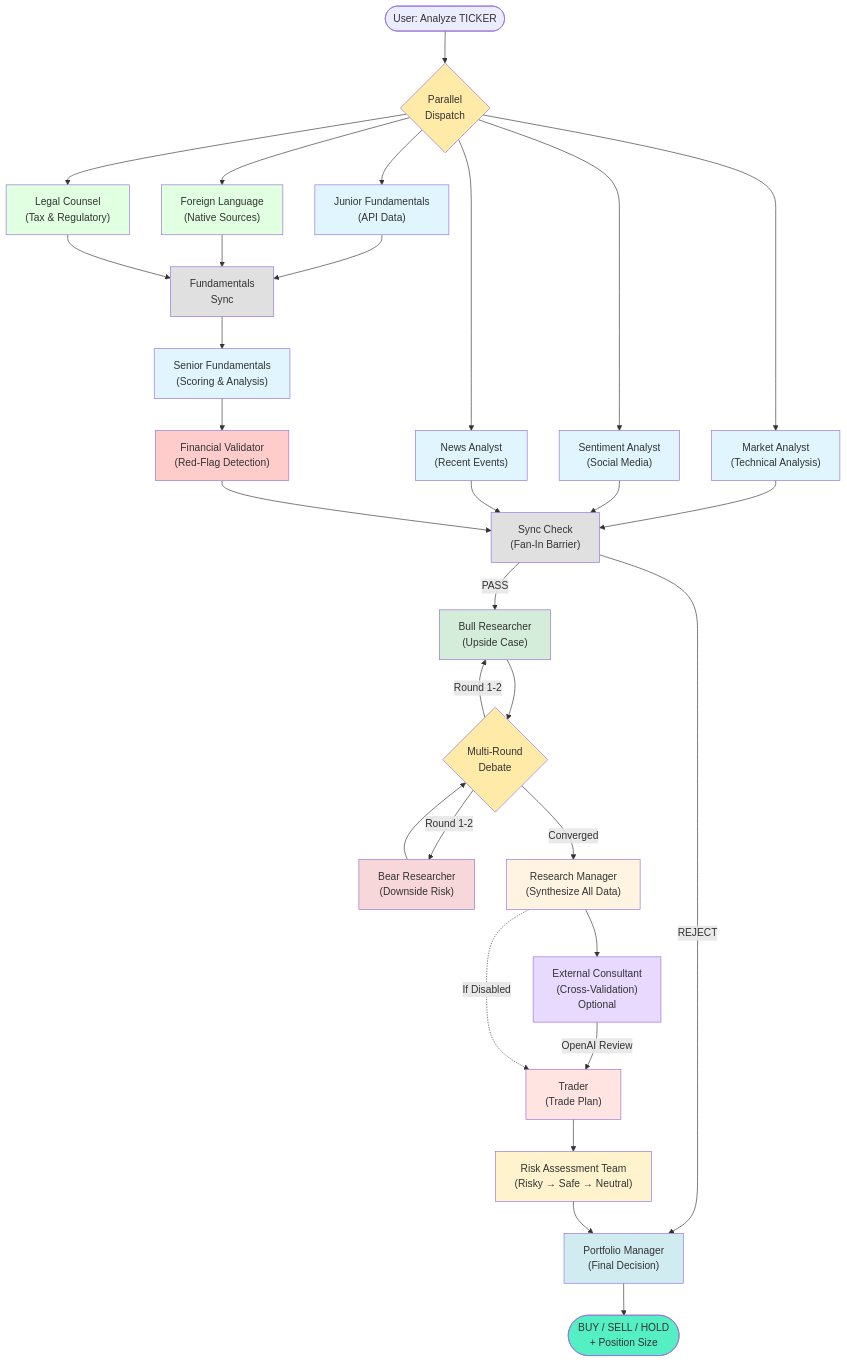
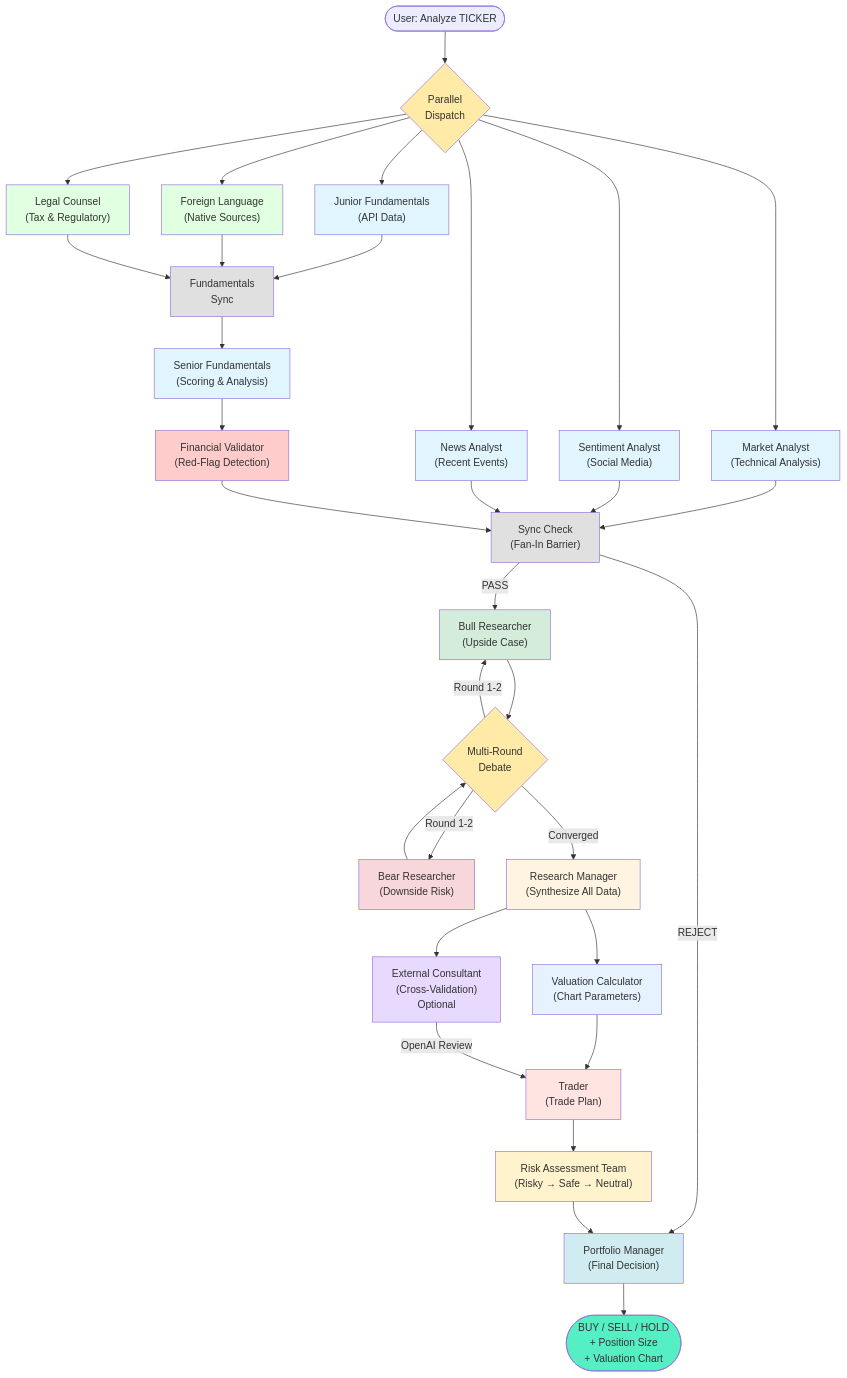
Before and after one commit to rgoerwit/ai-investment-agent: the diagram in README.md, drawn with Mermaid. The commit also changed other lines of this file and 26 other files, not shown here.

Commit message:
Added football field chart + valuation calculator (and tests) (#28)

````diff
--- a/README.md
+++ b/README.md
@@ -40,68 +41,71 @@
 ```mermaid
 graph TB
     Start([User: Analyze TICKER]) --> Dispatcher{Parallel<br/>Dispatch}
 
     %% Parallel Fan-Out: 6 branches run simultaneously
     Dispatcher --> MarketAnalyst["Market Analyst<br/>(Technical Analysis)"]
     Dispatcher --> SentimentAnalyst["Sentiment Analyst<br/>(Social Media)"]
     Dispatcher --> NewsAnalyst["News Analyst<br/>(Recent Events)"]
     Dispatcher --> JuniorFund["Junior Fundamentals<br/>(API Data)"]
     Dispatcher --> ForeignLang["Foreign Language<br/>(Native Sources)"]
     Dispatcher --> LegalCounsel["Legal Counsel<br/>(Tax & Regulatory)"]
 
     %% Market/Sentiment/News go directly to main Sync Check
     MarketAnalyst --> SyncCheck["Sync Check<br/>(Fan-In Barrier)"]
     SentimentAnalyst --> SyncCheck
     NewsAnalyst --> SyncCheck
 
     %% Fundamentals sub-graph: Junior + Foreign + Legal sync first
     JuniorFund --> FundSync["Fundamentals<br/>Sync"]
     ForeignLang --> FundSync
     LegalCounsel --> FundSync
     FundSync --> SeniorFund["Senior Fundamentals<br/>(Scoring & Analysis)"]
     SeniorFund --> Validator["Financial Validator<br/>(Red-Flag Detection)"]
     Validator --> SyncCheck
 
     %% After all branches complete
     SyncCheck -->|REJECT| PortfolioManager["Portfolio Manager<br/>(Final Decision)"]
     SyncCheck -->|PASS| BullResearcher["Bull Researcher<br/>(Upside Case)"]
 
     BullResearcher --> Debate{Multi-Round<br/>Debate}
     BearResearcher["Bear Researcher<br/>(Downside Risk)"] --> Debate
 
     Debate -->|Round 1-2| BullResearcher
     Debate -->|Round 1-2| BearResearcher
     Debate -->|Converged| ResearchManager["Research Manager<br/>(Synthesize All Data)"]
 
+    %% Post-Research Manager: Valuation Calculator and Consultant run in parallel
+    ResearchManager --> ValuationCalc["Valuation Calculator<br/>(Chart Parameters)"]
     ResearchManager --> Consultant["External Consultant<br/>(Cross-Validation)<br/>Optional"]
 
-    Consultant -->|OpenAI Review| Trader["Trader<br/>(Trade Plan)"]
-    ResearchManager -.->|If Disabled| Trader
+    ValuationCalc --> Trader["Trader<br/>(Trade Plan)"]
+    Consultant -->|OpenAI Review| Trader
 
     Trader --> RiskTeam["Risk Assessment Team<br/>(Risky → Safe → Neutral)"]
 
     RiskTeam --> PortfolioManager
 
-    PortfolioManager --> Decision([BUY / SELL / HOLD<br/>+ Position Size])
+    PortfolioManager --> Decision([BUY / SELL / HOLD<br/>+ Position Size<br/>+ Valuation Chart])
 
-    style Dispatcher fill:#ffeaa7
-    style MarketAnalyst fill:#e1f5ff
-    style NewsAnalyst fill:#e1f5ff
-    style SentimentAnalyst fill:#e1f5ff
-    style JuniorFund fill:#e1f5ff
-    style ForeignLang fill:#e1ffe1
-    style LegalCounsel fill:#e1ffe1
-    style FundSync fill:#e0e0e0
-    style SeniorFund fill:#e1f5ff
-    style Validator fill:#ffcccc
-    style SyncCheck fill:#e0e0e0
-    style ResearchManager fill:#fff4e1
-    style BullResearcher fill:#d4edda
-    style BearResearcher fill:#f8d7da
-    style Consultant fill:#e8daff
-    style Trader fill:#ffe4e1
-    style RiskTeam fill:#fff3cd
-    style PortfolioManager fill:#d1ecf1
-    style Debate fill:#ffeaa7
-    style Decision fill:#55efc4
+    style Dispatcher fill:#ffeaa7,color:#333
+    style MarketAnalyst fill:#e1f5ff,color:#333
+    style NewsAnalyst fill:#e1f5ff,color:#333
+    style SentimentAnalyst fill:#e1f5ff,color:#333
+    style JuniorFund fill:#e1f5ff,color:#333
+    style ForeignLang fill:#e1ffe1,color:#333
+    style LegalCounsel fill:#e1ffe1,color:#333
+    style FundSync fill:#e0e0e0,color:#333
+    style SeniorFund fill:#e1f5ff,color:#333
+    style Validator fill:#ffcccc,color:#333
+    style SyncCheck fill:#e0e0e0,color:#333
+    style ResearchManager fill:#fff4e1,color:#333
+    style BullResearcher fill:#d4edda,color:#333
+    style BearResearcher fill:#f8d7da,color:#333
+    style ValuationCalc fill:#e6f3ff,color:#333
+    style Consultant fill:#e8daff,color:#333
+    style Trader fill:#ffe4e1,color:#333
+    style RiskTeam fill:#fff3cd,color:#333
+    style PortfolioManager fill:#d1ecf1,color:#333
+    style Debate fill:#ffeaa7,color:#333
+    style Decision fill:#55efc4,color:#333
 ```
````
